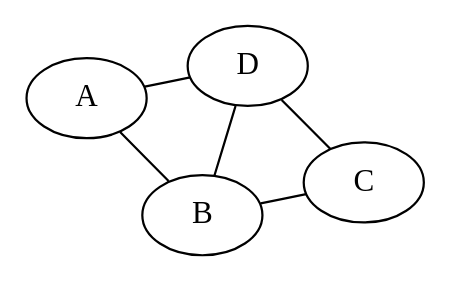
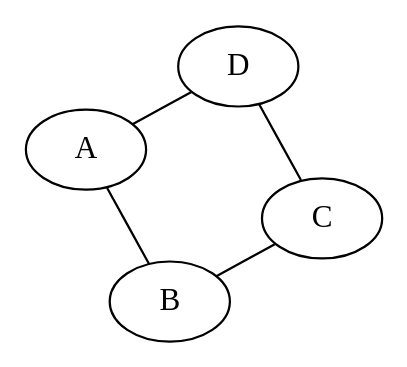
One commit to microtherion/FD1_HS13_U1_GKMN changed the diagram in graph/Exspan.dot. Above: the diagram before and after it, drawn with Graphviz. The commit also changed 1 other file, not shown here.

```diff
--- a/graph/Exspan.dot
+++ b/graph/Exspan.dot
@@ -1,12 +1,11 @@
 graph Exspan {
       graph [layout="neato"]
       A [pos="0,1"]
       B [pos="0.1,0"]
       C [pos="2,1"]
       D [pos="1,1"]
       A -- B
       A -- D
       B -- C
-      B -- D
       C -- D
 }
```
